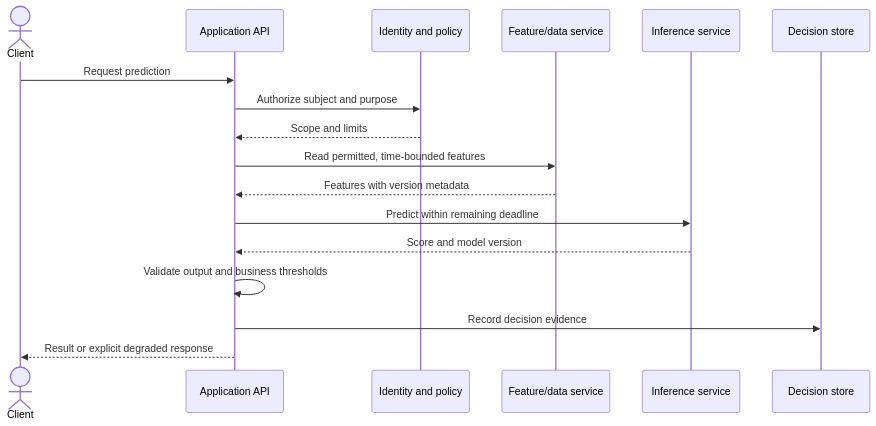
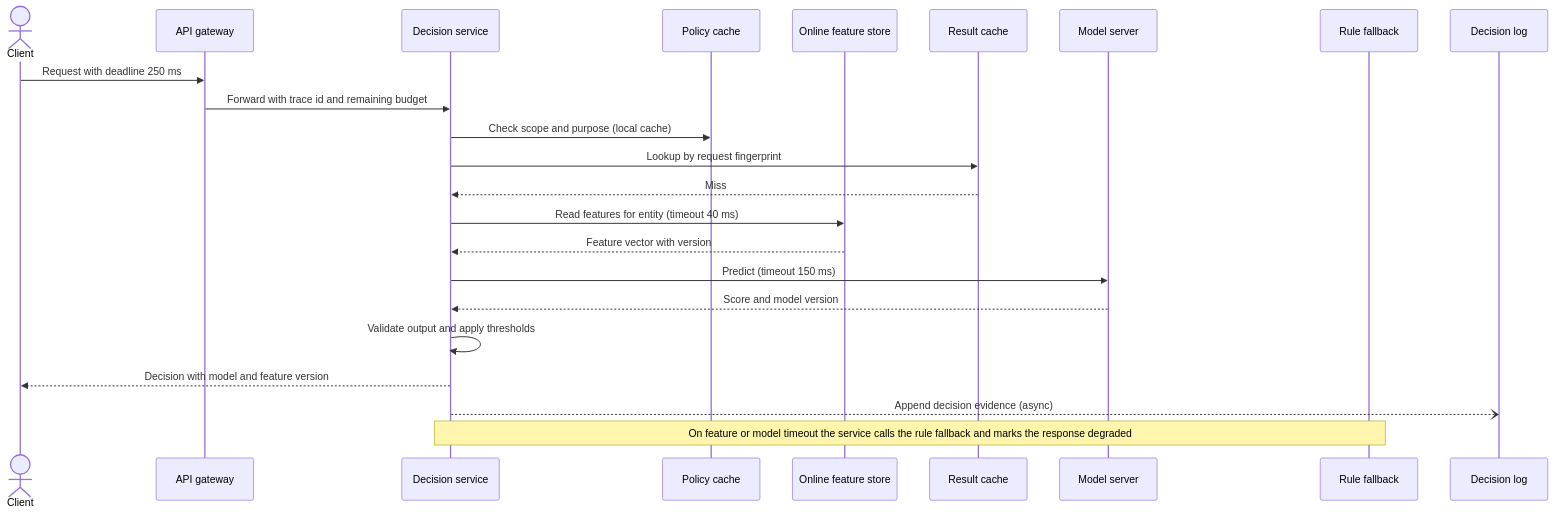
One commit to joydasss/Architect changed the fifth of 20 diagrams in 17_AI_Architecture/CH03_Reference_Architectures_for_Predictive_Generative_and_Agentic_Systems.md. Above: the diagram before and after it, drawn with Mermaid. The commit also changed other lines of this file and 295 other files, not shown here.

````diff
--- a/17_AI_Architecture/CH03_Reference_Architectures_for_Predictive_Generative_and_Agentic_Systems.md
+++ b/17_AI_Architecture/CH03_Reference_Architectures_for_Predictive_Generative_and_Agentic_Systems.md
@@ -32,19 +403,25 @@
 ```mermaid
 sequenceDiagram
     actor Client
-    participant API as Application API
-    participant Auth as Identity and policy
-    participant Feature as Feature/data service
-    participant Model as Inference service
-    participant Store as Decision store
-    Client->>API: Request prediction
-    API->>Auth: Authorize subject and purpose
-    Auth-->>API: Scope and limits
-    API->>Feature: Read permitted, time-bounded features
-    Feature-->>API: Features with version metadata
-    API->>Model: Predict within remaining deadline
-    Model-->>API: Score and model version
-    API->>API: Validate output and business thresholds
-    API->>Store: Record decision evidence
-    API-->>Client: Result or explicit degraded response
+    participant GW as API gateway
+    participant Svc as Decision service
+    participant Pol as Policy cache
+    participant FS as Online feature store
+    participant Cache as Result cache
+    participant MS as Model server
+    participant Rule as Rule fallback
+    participant Log as Decision log
+    Client->>GW: Request with deadline 250 ms
+    GW->>Svc: Forward with trace id and remaining budget
+    Svc->>Pol: Check scope and purpose (local cache)
+    Svc->>Cache: Lookup by request fingerprint
+    Cache-->>Svc: Miss
+    Svc->>FS: Read features for entity (timeout 40 ms)
+    FS-->>Svc: Feature vector with version
+    Svc->>MS: Predict (timeout 150 ms)
+    MS-->>Svc: Score and model version
+    Svc->>Svc: Validate output and apply thresholds
+    Svc-->>Client: Decision with model and feature version
+    Svc--)Log: Append decision evidence (async)
+    Note over Svc,Rule: On feature or model timeout the service calls the rule fallback and marks the response degraded
 ```
````
